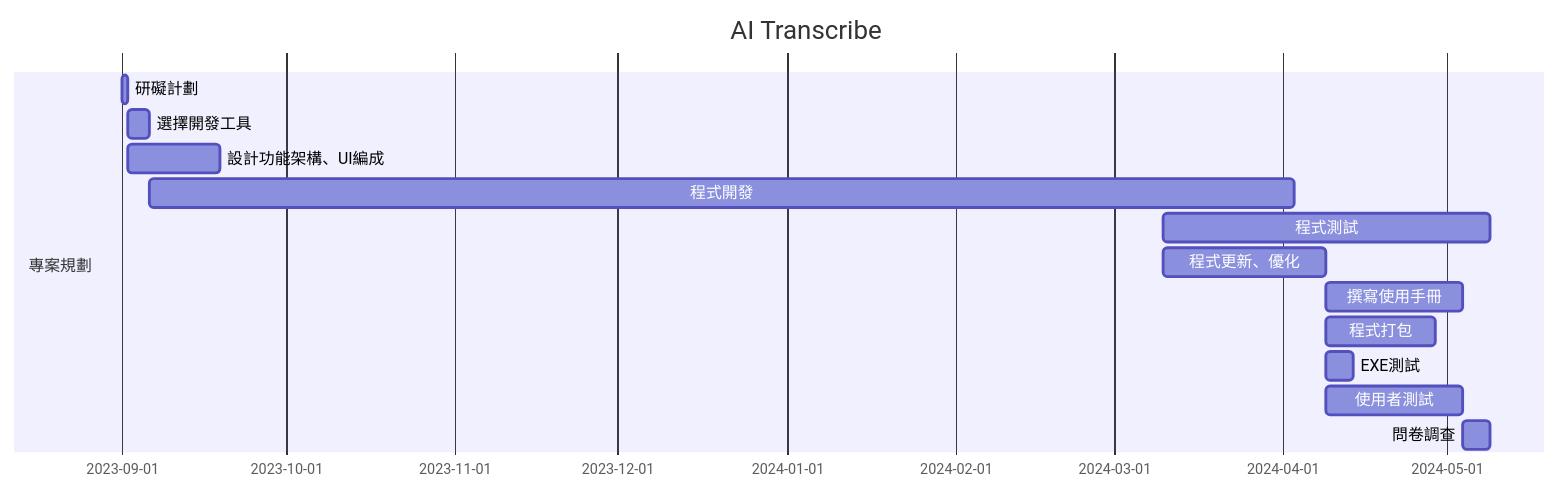
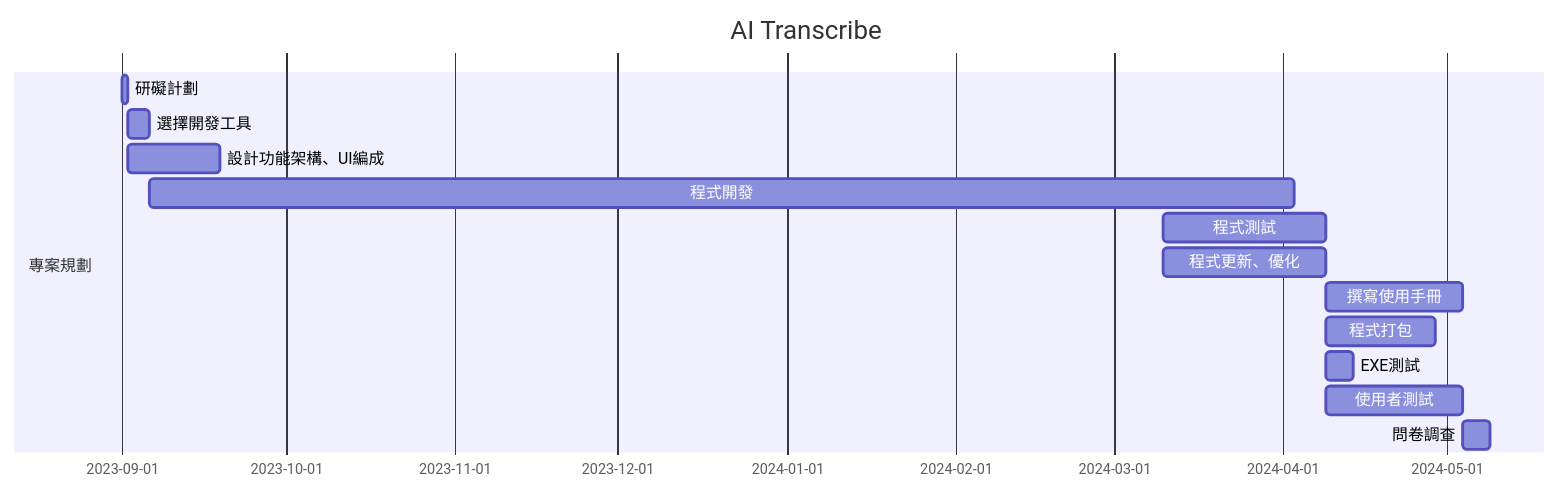
Before and after one commit to MITC110118132/23a: the third of 4 diagrams in hw2.md, drawn with Mermaid.

````diff
--- a/hw2.md
+++ b/hw2.md
@@ -34,17 +34,17 @@
 ```mermaid
 gantt
     title AI Transcribe
 
     section 專案規劃
     研礙計劃           :a1, 2023-09-01, 1d
     選擇開發工具           :a2, after a1  , 4d
     設計功能架構、UI編成           :a3, after a1  , 17d
     程式開發           :a4, after a2  , 210d
-    程式測試           :a5, 2024-03-10  , 60d
+    程式測試           :a5, 2024-03-10  , 30d
     程式更新、優化           :a6, 2024-03-10  , 30d
     撰寫使用手冊        :a7, after a6  , 25d
     程式打包           :a8, after a6  , 20d
     EXE測試           :a9, after a6  , 5d
     使用者測試         :a10, after a6  , 25d
     問卷調查           :a11, after a10 , 5d
 ```
````
